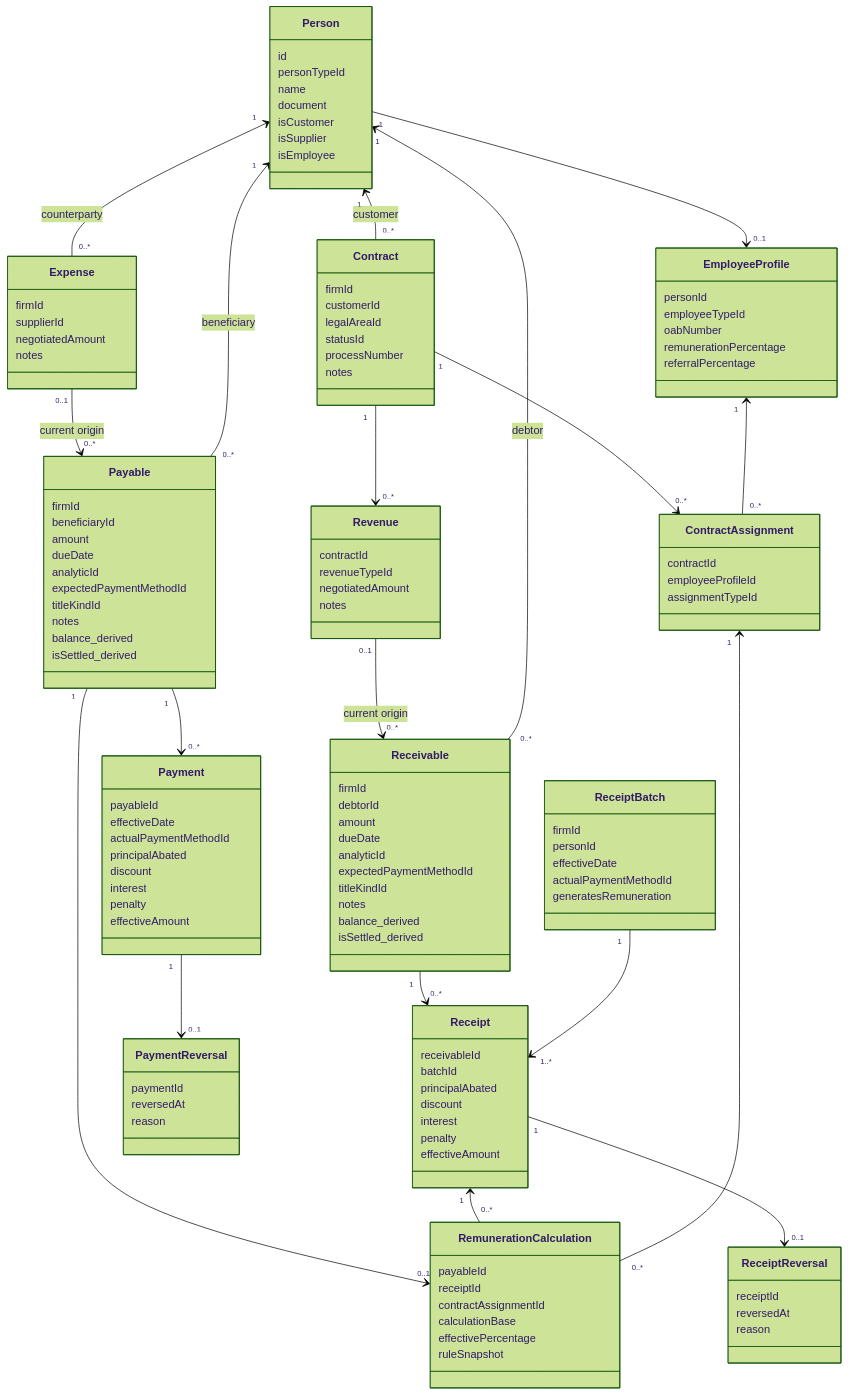
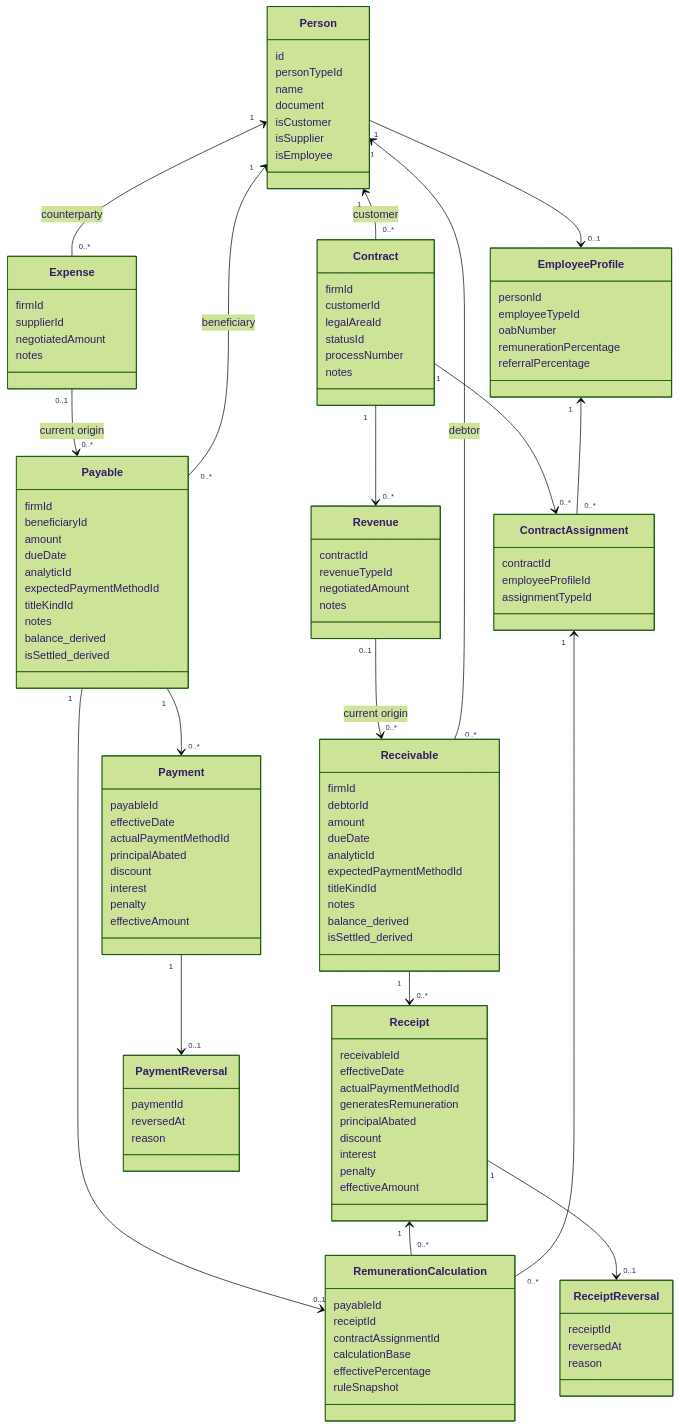
Before and after one commit to patrickbvargas/hono-start: the first of 2 diagrams in docs/domain/FINANCIAL_UML.md, drawn with Mermaid (forest theme). The commit also changed other lines of this file and 16 other files, not shown here.

Commit message:
docs: unify receipt and payment multi-selection without batches

```diff
--- a/docs/domain/FINANCIAL_UML.md
+++ b/docs/domain/FINANCIAL_UML.md
@@ -76,7 +76,9 @@
 }
 class Receipt {
   receivableId
-  batchId
+  effectiveDate
+  actualPaymentMethodId
+  generatesRemuneration
   principalAbated
   discount
   interest
@@ -92,13 +94,6 @@
   interest
   penalty
   effectiveAmount
-}
-class ReceiptBatch {
-  firmId
-  personId
-  effectiveDate
-  actualPaymentMethodId
-  generatesRemuneration
 }
 class RemunerationCalculation {
   payableId
@@ -130,7 +125,6 @@
 Person "1" <-- "0..*" Payable : beneficiary
 Receivable "1" --> "0..*" Receipt
 Payable "1" --> "0..*" Payment
-ReceiptBatch "1" --> "1..*" Receipt
 Receipt "1" --> "0..1" ReceiptReversal
 Payment "1" --> "0..1" PaymentReversal
 Payable "1" --> "0..1" RemunerationCalculation
```
